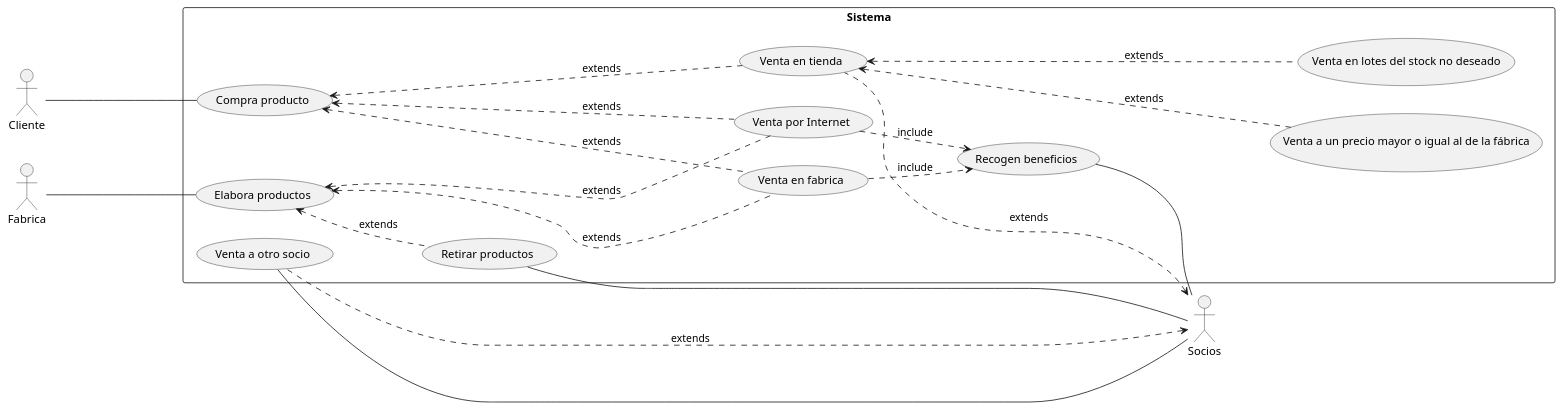
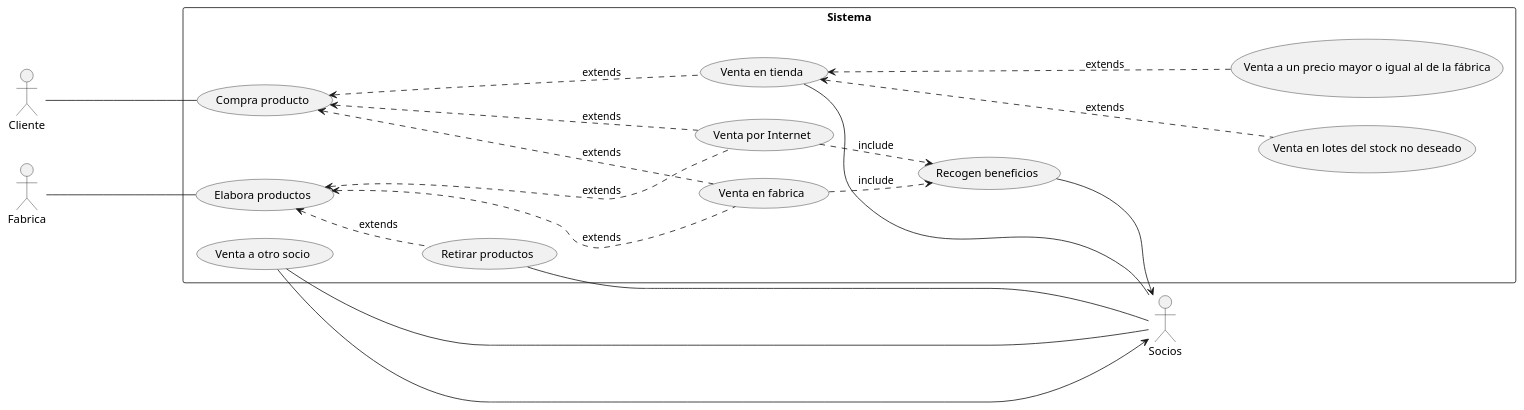
The diagram in src/Ejercicio1.puml (mgi007/PCV06-10), drawn with PlantUML before and after one commit. The commit also changed 4 other files, not shown here.

Commit message:
Práctica diagramas UML versión definitiva

```diff
--- a/src/Ejercicio1.puml
+++ b/src/Ejercicio1.puml
@@ -1,51 +1,51 @@
 @startuml Ejercicio 1
 
 skinparam packageStyle rectangle
 left to right direction
 
 actor Socios
 
 actor Fabrica
 
 actor Cliente
 
 rectangle  Sistema {
 (Compra producto) as (Comprar)
 (Venta en fabrica) as (VenFab)
 (Venta por Internet) as (VenInt)
 (Venta en tienda) as (VenTien)
 (Venta a otro socio) as (VenSoc)
 (Recogen beneficios) as (Benef)
 (Elabora productos) as (Productos)
 (Retirar productos) as (Recoger)
 (Venta a un precio mayor o igual al de la fábrica) as (VentaNormal)
 (Venta en lotes del stock no deseado) as (Lotes)
 
 
 
 Fabrica ----  Productos
 Productos <.... VenInt : extends
 Productos <.... VenFab : extends
 
 Productos <.. Recoger : extends
 
 Recoger ------ Socios
 
-Socios <.... VenSoc : extends
-VenSoc ------ Socios
-Socios <. VenTien : extends
+Socios ----- VenSoc
+VenSoc ------> Socios
+Socios -- VenTien
 
 VenTien <.... VentaNormal : extends
 VenTien <.... Lotes : extends
 
 Cliente ---- Comprar
 Comprar <.... VenTien: extends
 Comprar <.... VenFab : extends
 Comprar <.... VenInt : extends
 VenFab ..> Benef : include
 VenInt ..> Benef : include
-Benef ---- Socios
+Benef -----> Socios
 
 }
 
 @enduml
```
